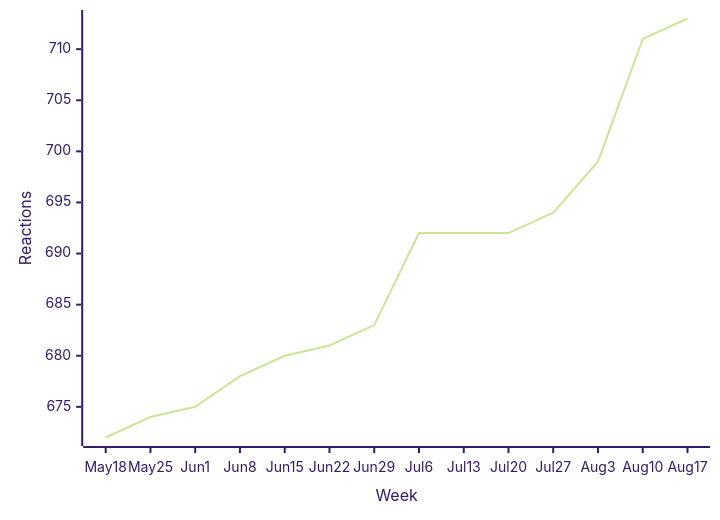
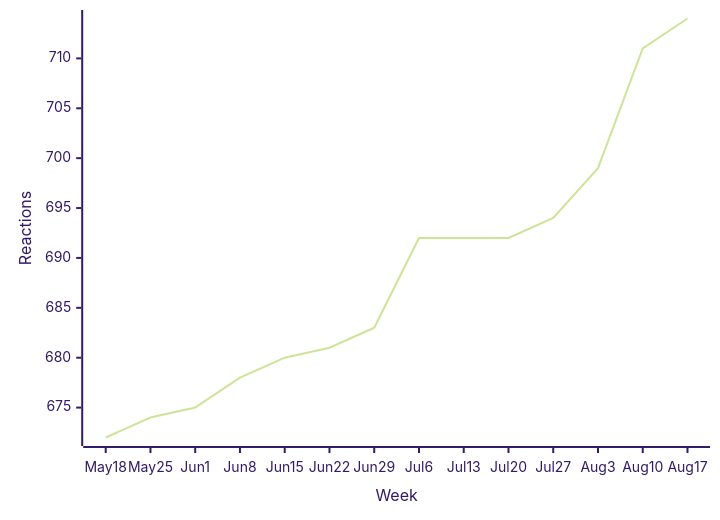
The second of 45 diagrams in README.md (loic-sharma/github-insights), drawn with Mermaid (forest theme) before and after one commit. The commit also changed other lines of this file and 3 other files, not shown here.

````diff
--- a/README.md
+++ b/README.md
@@ -341,6 +341,6 @@
   ```mermaid
   xychart-beta
     x-axis "Week" [May 18, May 25, Jun 1, Jun 8, Jun 15, Jun 22, Jun 29, Jul 6, Jul 13, Jul 20, Jul 27, Aug 3, Aug 10, Aug 17]
     y-axis "Reactions"
-    line [672, 674, 675, 678, 680, 681, 683, 692, 692, 692, 694, 699, 711, 713]
+    line [672, 674, 675, 678, 680, 681, 683, 692, 692, 692, 694, 699, 711, 714]
   ```
````
